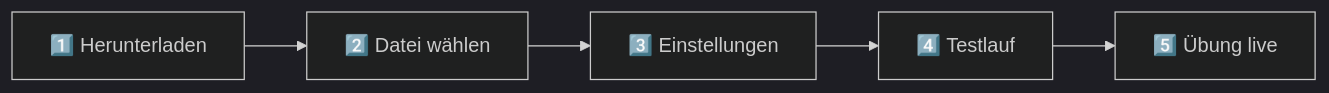
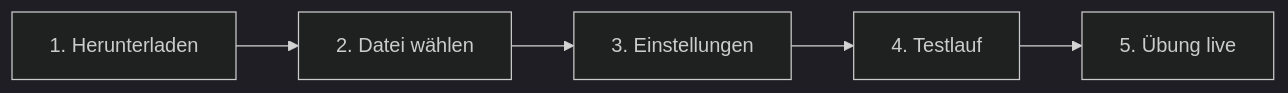
One commit to kventil/fireboard-alarm-simulator-releases changed the second of 3 diagrams in README.md. Above: the diagram before and after it, drawn with Mermaid (dark theme). The commit also changed other lines of this file, not shown here.

````diff
--- a/README.md
+++ b/README.md
@@ -48,4 +48,4 @@
 ```mermaid
 flowchart LR
-    S1["1️⃣ Herunterladen"] --> S2["2️⃣ Datei wählen"] --> S3["3️⃣ Einstellungen"] --> S4["4️⃣ Testlauf"] --> S5["5️⃣ Übung live"]
+    S1["1. Herunterladen"] --> S2["2. Datei wählen"] --> S3["3. Einstellungen"] --> S4["4. Testlauf"] --> S5["5. Übung live"]
 ```
````
